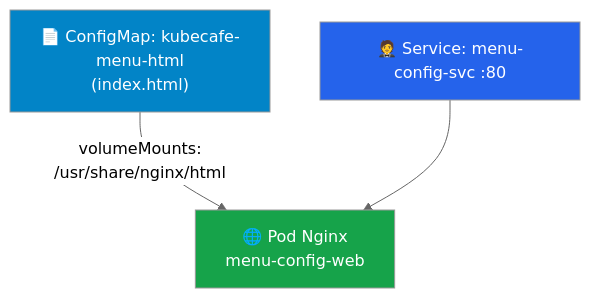
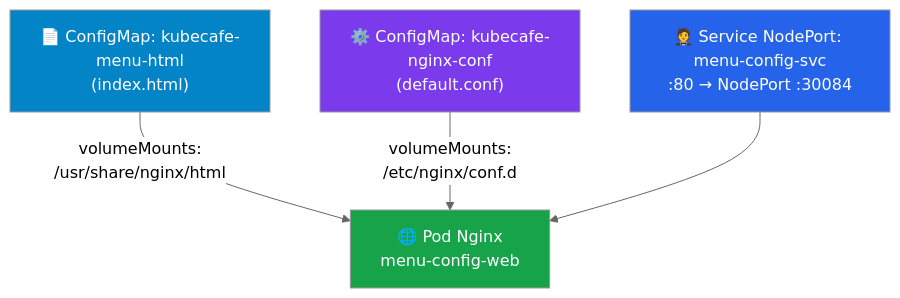
One commit to Arlex0296/Fundamentos-Kubernetes changed the first of 5 diagrams in semana-04-configuracion-almacenamiento/1.ejemplos/README.md. Above: the diagram before and after it, drawn with Mermaid (neutral theme). The commit also changed other lines of this file and 1 other file, not shown here.

Commit message:
feat(semana-04): expose Lab 2 via NodePort and load Nginx default.conf from ConfigMap

````diff
--- a/semana-04-configuracion-almacenamiento/1.ejemplos/README.md
+++ b/semana-04-configuracion-almacenamiento/1.ejemplos/README.md
@@ -99,9 +102,11 @@
 ```mermaid
 flowchart TD
     L2_CM["📄 ConfigMap: kubecafe-menu-html\n(index.html)"] -->|"volumeMounts:\n/usr/share/nginx/html"| L2_POD["🌐 Pod Nginx\nmenu-config-web"]
-    L2_SVC["🤵 Service: menu-config-svc :80"] --> L2_POD
+    L2_CONF["⚙️ ConfigMap: kubecafe-nginx-conf\n(default.conf)"] -->|"volumeMounts:\n/etc/nginx/conf.d"| L2_POD
+    L2_SVC["🤵 Service NodePort: menu-config-svc\n:80 → NodePort :30084"] --> L2_POD
 
     style L2_CM fill:#0284c7,color:#fff
+    style L2_CONF fill:#7c3aed,color:#fff
     style L2_POD fill:#16a34a,color:#fff
     style L2_SVC fill:#2563eb,color:#fff
 ```
````
